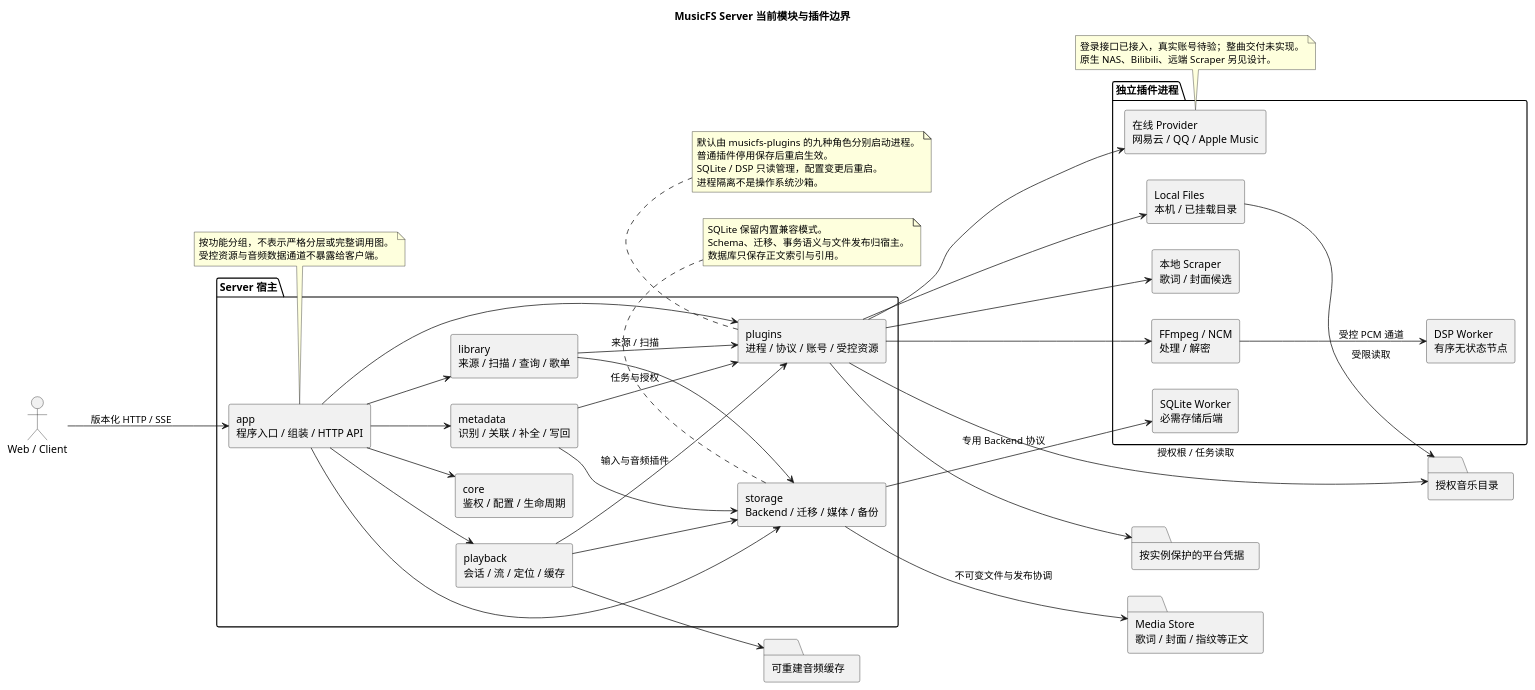
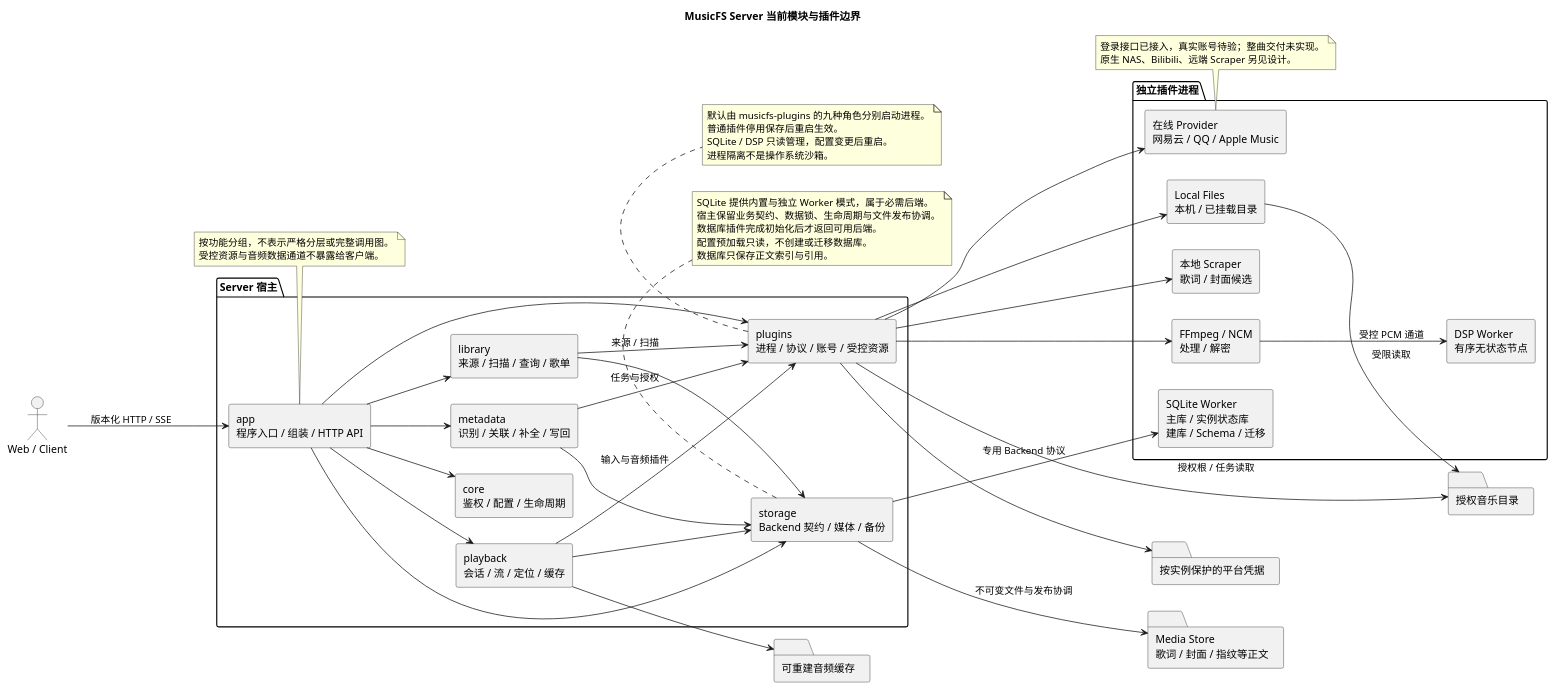
Before and after one commit to fnMrRice/MusicFS-server: the diagram in docs/diagrams/components.puml, drawn with PlantUML. The commit also changed 40 other files, not shown here.

```diff
--- a/docs/diagrams/components.puml
+++ b/docs/diagrams/components.puml
@@ -1,74 +1,76 @@
 @startuml
 title MusicFS Server 当前模块与插件边界
 left to right direction
 skinparam componentStyle rectangle
 skinparam shadowing false
 
 actor "Web / Client" as UI
 package "Server 宿主" {
   component "app\n程序入口 / 组装 / HTTP API" as App
   component "core\n鉴权 / 配置 / 生命周期" as Core
   component "library\n来源 / 扫描 / 查询 / 歌单" as Library
   component "metadata\n识别 / 关联 / 补全 / 写回" as Metadata
   component "playback\n会话 / 流 / 定位 / 缓存" as Playback
   component "plugins\n进程 / 协议 / 账号 / 受控资源" as Host
-  component "storage\nBackend / 迁移 / 媒体 / 备份" as Storage
+  component "storage\nBackend 契约 / 媒体 / 备份" as Storage
 }
 package "独立插件进程" {
   component "Local Files\n本机 / 已挂载目录" as Local
   component "在线 Provider\n网易云 / QQ / Apple Music" as Online
   component "本地 Scraper\n歌词 / 封面候选" as Scraper
   component "FFmpeg / NCM\n处理 / 解密" as Audio
   component "DSP Worker\n有序无状态节点" as DSP
-  component "SQLite Worker\n必需存储后端" as SQLite
+  component "SQLite Worker\n主库 / 实例状态库\n建库 / Schema / 迁移" as SQLite
 }
 folder "授权音乐目录" as Files
 folder "Media Store\n歌词 / 封面 / 指纹等正文" as Media
 folder "可重建音频缓存" as Cache
 folder "按实例保护的平台凭据" as Credentials
 
 UI --> App : 版本化 HTTP / SSE
 App --> Core
 App --> Library
 App --> Metadata
 App --> Playback
 App --> Host
 App --> Storage
 Library --> Host : 来源 / 扫描
 Metadata --> Host : 任务与授权
 Playback --> Host : 输入与音频插件
 Library --> Storage
 Metadata --> Storage
 Playback --> Storage
 Host --> Local
 Host --> Online
 Host --> Scraper
 Host --> Audio
 Host --> Credentials
 Host --> Files : 授权根 / 任务读取
 Local --> Files : 受限读取
 Audio --> DSP : 受控 PCM 通道
 Playback --> Cache
 Storage --> SQLite : 专用 Backend 协议
 Storage --> Media : 不可变文件与发布协调
 
 note bottom of Host
   默认由 musicfs-plugins 的九种角色分别启动进程。
   普通插件停用保存后重启生效。
   SQLite / DSP 只读管理，配置变更后重启。
   进程隔离不是操作系统沙箱。
 end note
 note bottom of Storage
-  SQLite 保留内置兼容模式。
-  Schema、迁移、事务语义与文件发布归宿主。
+  SQLite 提供内置与独立 Worker 模式，属于必需后端。
+  宿主保留业务契约、数据锁、生命周期与文件发布协调。
+  数据库插件完成初始化后才返回可用后端。
+  配置预加载只读，不创建或迁移数据库。
   数据库只保存正文索引与引用。
 end note
 note bottom of Online
   登录接口已接入，真实账号待验；整曲交付未实现。
   原生 NAS、Bilibili、远端 Scraper 另见设计。
 end note
 note bottom of App
   按功能分组，不表示严格分层或完整调用图。
   受控资源与音频数据通道不暴露给客户端。
 end note
 @enduml
```
